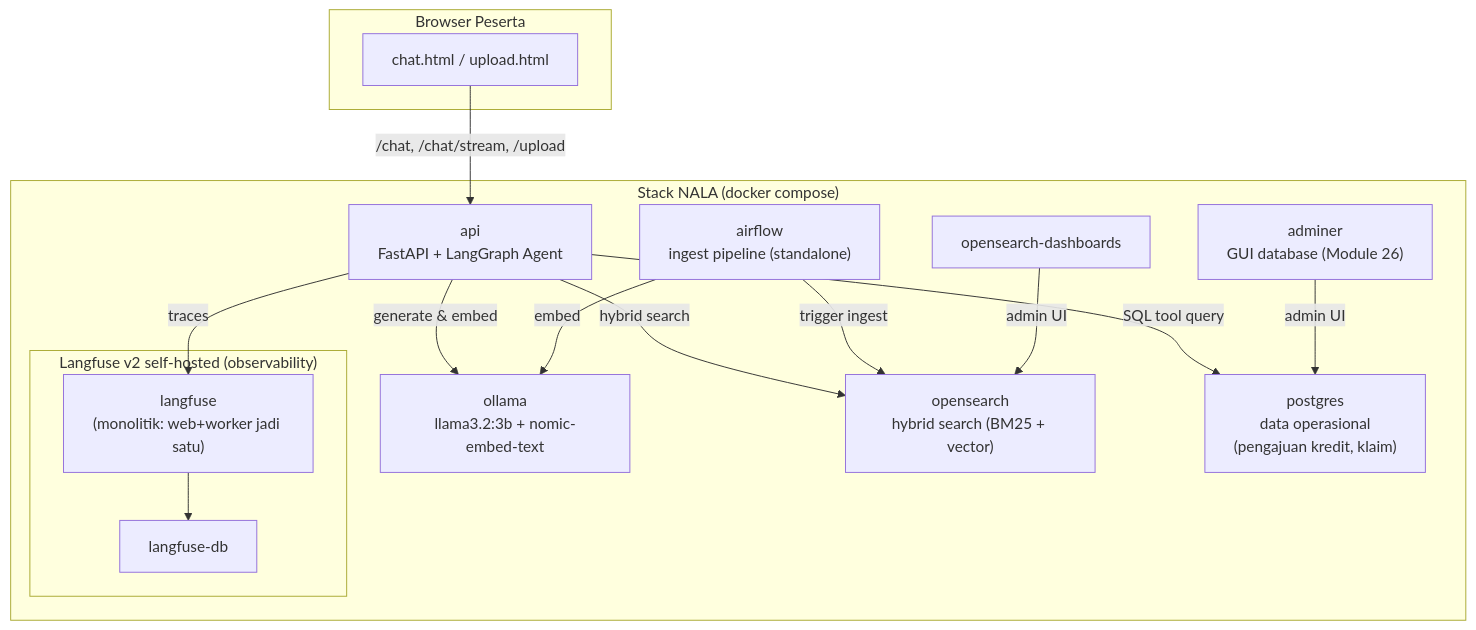
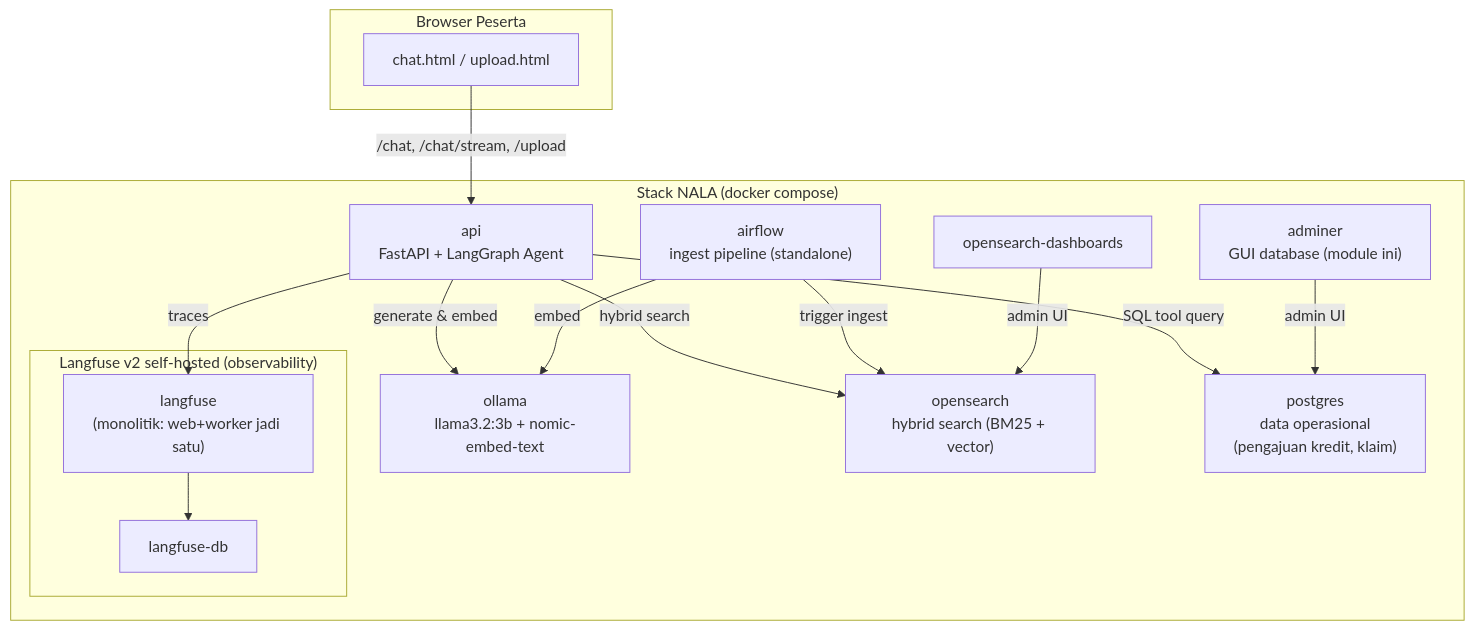
One commit to githubna-ilham/nala_ai changed the second of 2 diagrams in Module-27-Full-Stack-Deployment/materi.md. Above: the diagram before and after it, drawn with Mermaid. The commit also changed other lines of this file, not shown here.

Commit message:
Module 27: sesuaikan narasi — opensearch-dashboards sekarang sudah terpasang sejak Module 12, bukan baru di module ini; perbaiki label Adminer

````diff
--- a/Module-27-Full-Stack-Deployment/materi.md
+++ b/Module-27-Full-Stack-Deployment/materi.md
@@ -46,33 +47,33 @@
 ```mermaid
 flowchart TB
     subgraph Client["Browser Peserta"]
         UI["chat.html / upload.html"]
     end
 
     subgraph NALA["Stack NALA (docker compose)"]
         API["api<br/>FastAPI + LangGraph Agent"]
         Ollama["ollama<br/>llama3.2:3b + nomic-embed-text"]
         OS["opensearch<br/>hybrid search (BM25 + vector)"]
         OSD["opensearch-dashboards"]
         AF["airflow<br/>ingest pipeline (standalone)"]
         PG["postgres<br/>data operasional<br/>(pengajuan kredit, klaim)"]
 
-        Adminer["adminer<br/>GUI database (Module 26)"]
+        Adminer["adminer<br/>GUI database (module ini)"]
 
         subgraph LF["Langfuse v2 self-hosted (observability)"]
             LFWeb["langfuse<br/>(monolitik: web+worker jadi satu)"]
             LFPG["langfuse-db"]
         end
     end
 
     UI -->|"/chat, /chat/stream, /upload"| API
     API -->|generate & embed| Ollama
     API -->|hybrid search| OS
     API -->|SQL tool query| PG
     API -->|traces| LFWeb
     AF -->|trigger ingest| OS
     AF -->|embed| Ollama
     OSD -->|admin UI| OS
     Adminer -->|admin UI| PG
     LFWeb --> LFPG
 ```
````
